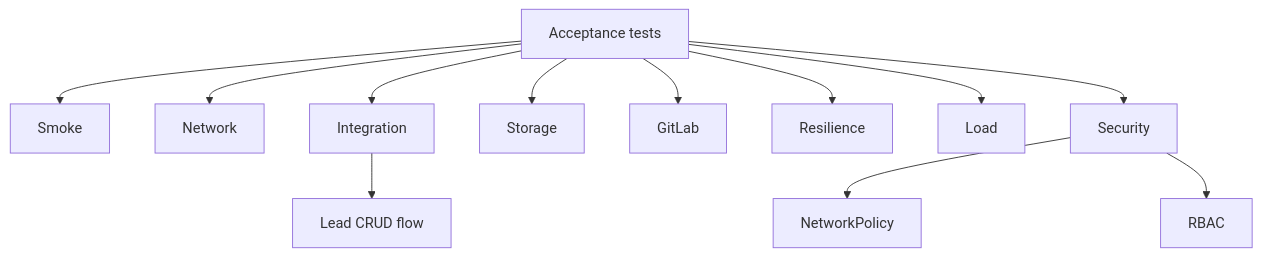
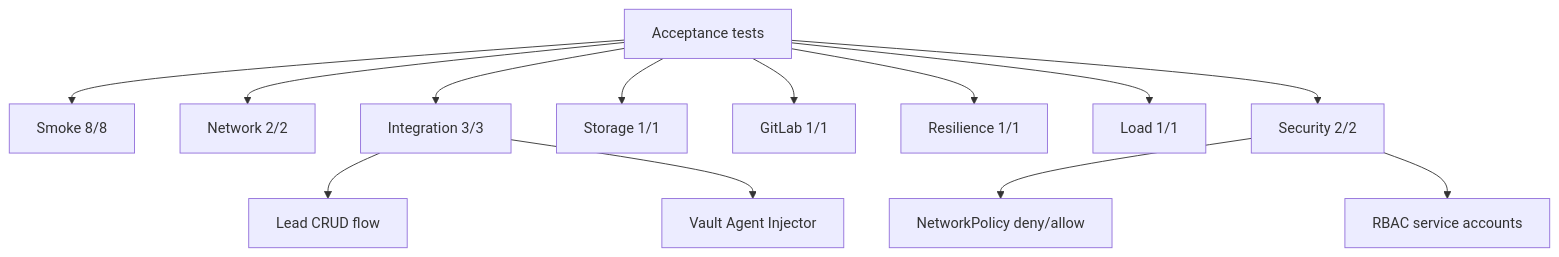
One commit to BryanskPartizan/mdp-deployment-kit changed the diagram in execution-log/08-test-results.md. Above: the diagram before and after it, drawn with Mermaid. The commit also changed other lines of this file and 20 other files, not shown here.

Commit message:
Fix Mermaid diagrams in project documentation

````diff
--- a/execution-log/08-test-results.md
+++ b/execution-log/08-test-results.md
@@ -149,14 +234,15 @@
 ```mermaid
 flowchart TB
-    TESTS[Acceptance tests] --> SMOKE[Smoke]
-    TESTS --> NET[Network]
-    TESTS --> INT[Integration]
-    TESTS --> STORAGE[Storage]
-    TESTS --> GL[GitLab]
-    TESTS --> RES[Resilience]
-    TESTS --> LOAD[Load]
-    TESTS --> SEC[Security]
-    INT --> FLOW[Lead CRUD flow]
-    SEC --> NP[NetworkPolicy]
-    SEC --> RBAC[RBAC]
+    T[Acceptance tests] --> S[Smoke 8/8]
+    T --> N[Network 2/2]
+    T --> I[Integration 3/3]
+    T --> ST[Storage 1/1]
+    T --> G[GitLab 1/1]
+    T --> R[Resilience 1/1]
+    T --> L[Load 1/1]
+    T --> SEC[Security 2/2]
+    I --> FLOW[Lead CRUD flow]
+    I --> VAULT[Vault Agent Injector]
+    SEC --> NP[NetworkPolicy deny/allow]
+    SEC --> RBAC[RBAC service accounts]
 ```
````
